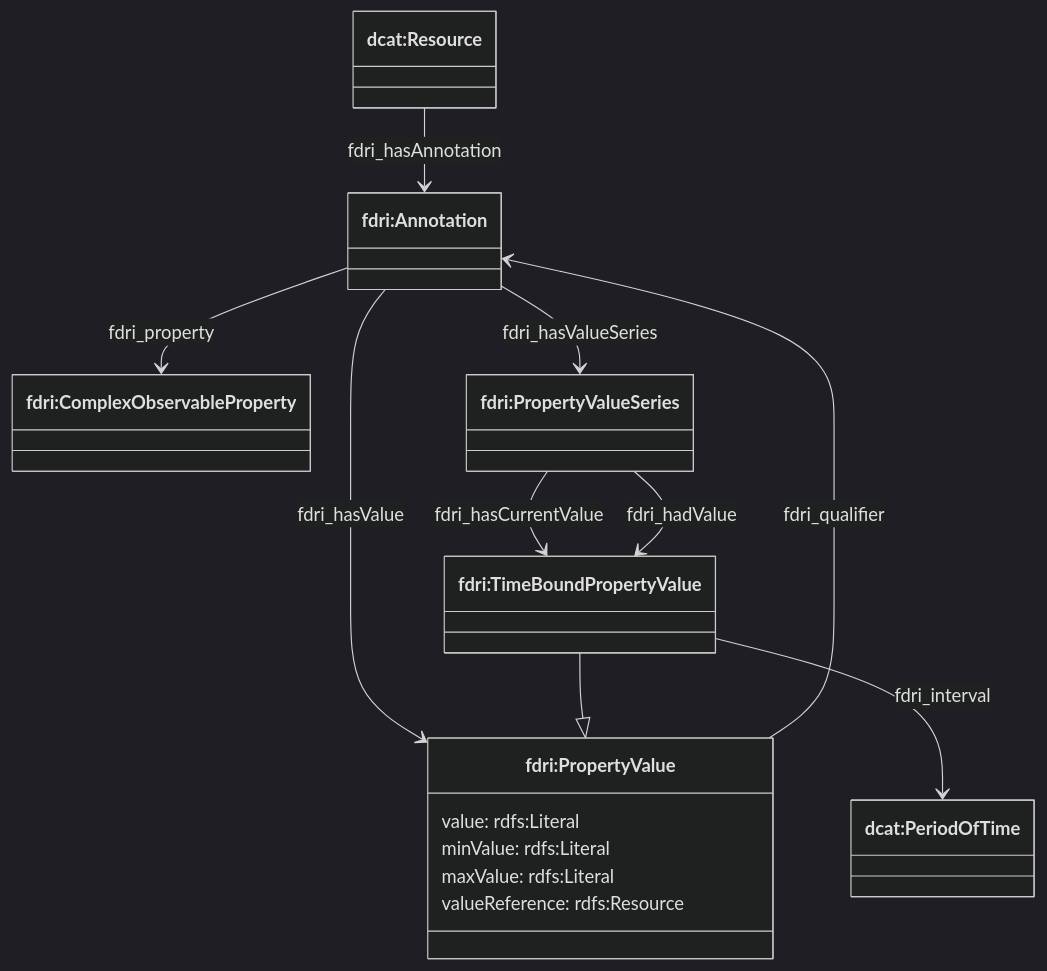
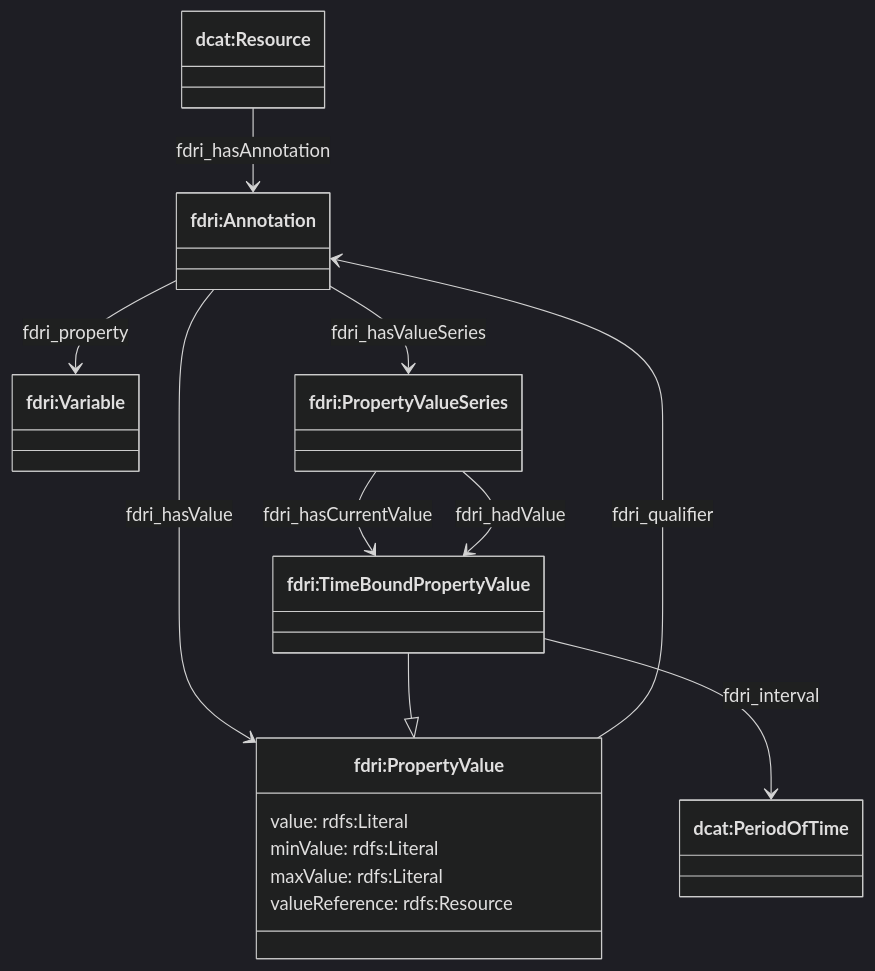
One commit to NERC-CEH/fdri-ontology changed the diagram in ontology/doc/annotations.md. Above: the diagram before and after it, drawn with Mermaid (dark theme). The commit also changed 8 other files, not shown here.

Commit message:
Rename ComplexObservableProperty => Variable in docs

````diff
--- a/ontology/doc/annotations.md
+++ b/ontology/doc/annotations.md
@@ -13,25 +13,25 @@
 ```mermaid
 classDiagram
 class Resource["dcat:Resource"]
 class Annotation["fdri:Annotation"]
-class COP["fdri:ComplexObservableProperty"]
+class COP["fdri:Variable"]
 class PropertyValue["fdri:PropertyValue"] {
     value: rdfs:Literal
     minValue: rdfs:Literal
     maxValue: rdfs:Literal
     valueReference: rdfs:Resource
 }
 class PropertyValueSeries["fdri:PropertyValueSeries"]
 class TBPV["fdri:TimeBoundPropertyValue"]
 class Period["dcat:PeriodOfTime"]
 
 Resource --> Annotation: fdri_hasAnnotation
 Annotation --> COP: fdri_property
 Annotation --> PropertyValue: fdri_hasValue
 Annotation --> PropertyValueSeries: fdri_hasValueSeries
 PropertyValueSeries --> TBPV: fdri_hasCurrentValue
 PropertyValueSeries --> TBPV: fdri_hadValue
 TBPV --> Period: fdri_interval
 TBPV --|> PropertyValue
 PropertyValue --> Annotation: fdri_qualifier
 ```
````
